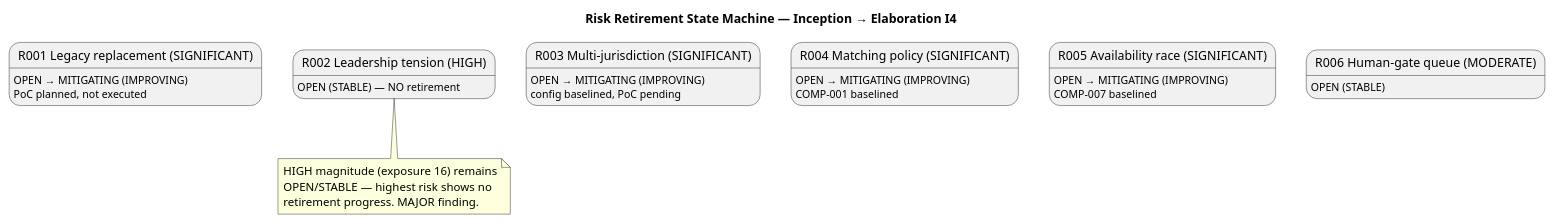
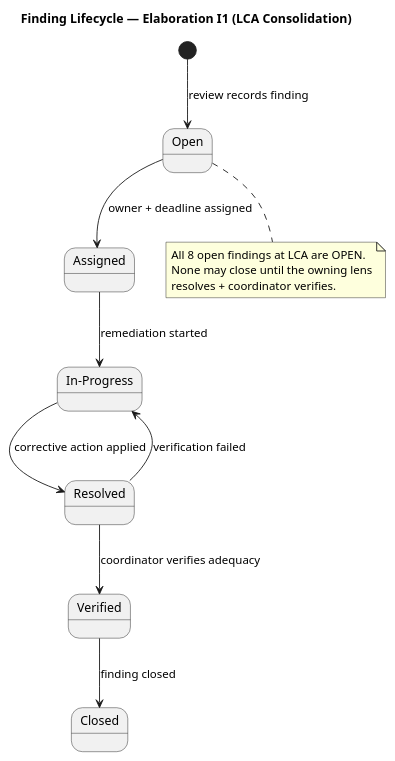
Before and after one commit to banense-test/trademe: the second of 3 diagrams in docs/artifacts/project-management/review-record.md, drawn with PlantUML. The commit also changed other lines of this file, not shown here.

First line of the commit message:
Review Coordinator [E1]: upsert Review Record

````diff
--- a/docs/artifacts/project-management/review-record.md
+++ b/docs/artifacts/project-management/review-record.md
@@ -50,24 +74,24 @@
 ```plantuml
 @startuml
-title Risk Retirement State Machine — Inception → Elaboration I4
-state "R001 Legacy replacement (SIGNIFICANT)" as R1
-state "R002 Leadership tension (HIGH)" as R2
-state "R003 Multi-jurisdiction (SIGNIFICANT)" as R3
-state "R004 Matching policy (SIGNIFICANT)" as R4
-state "R005 Availability race (SIGNIFICANT)" as R5
-state "R006 Human-gate queue (MODERATE)" as R6
+title Finding Lifecycle — Elaboration I1 (LCA Consolidation)
+state "Open" as OPEN
+state "Assigned" as ASSIGNED
+state "In-Progress" as PROG
+state "Resolved" as RESOLVED
+state "Verified" as VERIFIED
+state "Closed" as CLOSED
 
-R1 : OPEN → MITIGATING (IMPROVING)\nPoC planned, not executed
-R2 : OPEN (STABLE) — NO retirement
-R3 : OPEN → MITIGATING (IMPROVING)\nconfig baselined, PoC pending
-R4 : OPEN → MITIGATING (IMPROVING)\nCOMP-001 baselined
-R5 : OPEN → MITIGATING (IMPROVING)\nCOMP-007 baselined
-R6 : OPEN (STABLE)
-
-note bottom of R2
-  HIGH magnitude (exposure 16) remains
-  OPEN/STABLE — highest risk shows no
-  retirement progress. MAJOR finding.
+[*] --> OPEN : review records finding
+OPEN --> ASSIGNED : owner + deadline assigned
+ASSIGNED --> PROG : remediation started
+PROG --> RESOLVED : corrective action applied
+RESOLVED --> VERIFIED : coordinator verifies adequacy
+VERIFIED --> CLOSED : finding closed
+RESOLVED --> PROG : verification failed
+note bottom of OPEN
+  All 8 open findings at LCA are OPEN.
+  None may close until the owning lens
+  resolves + coordinator verifies.
 end note
 @enduml
 ```
````
